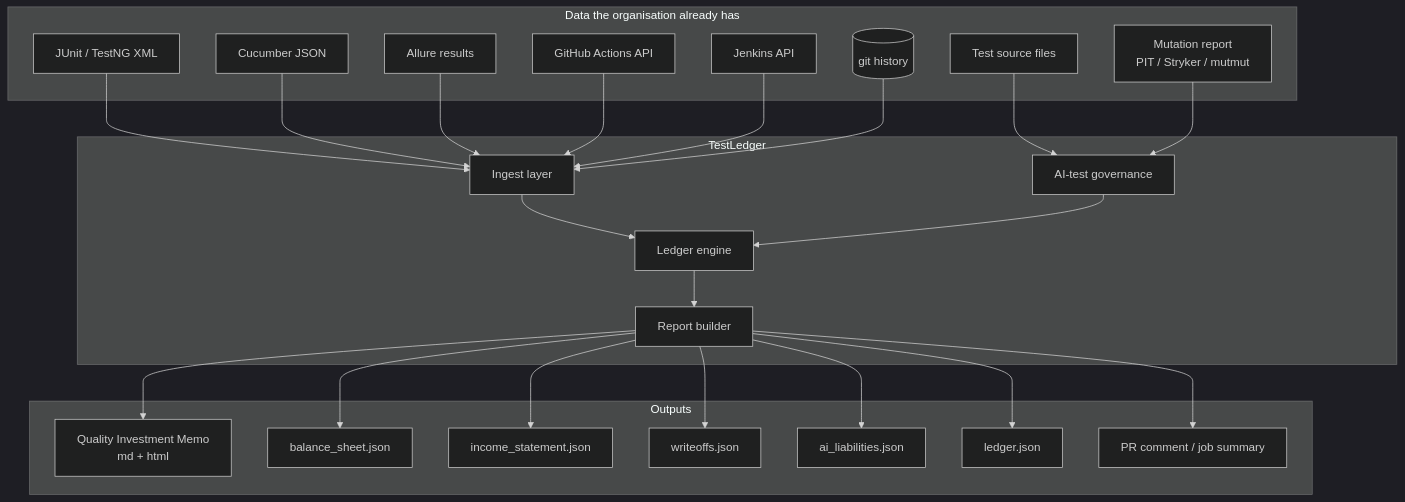
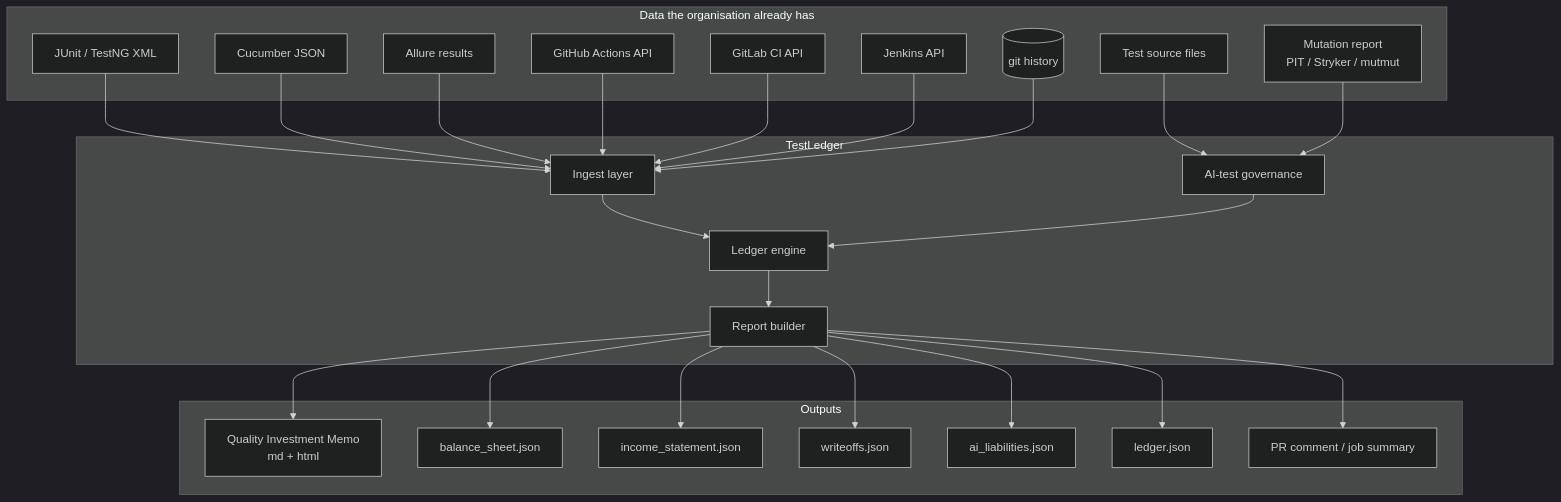
One commit to Contributerr27/testledger changed the first of 9 diagrams in docs/design.md. Above: the diagram before and after it, drawn with Mermaid (dark theme). The commit also changed other lines of this file and 6 other files, not shown here.

Commit message:
fix: address review feedback on GitLab ingest

````diff
--- a/docs/design.md
+++ b/docs/design.md
@@ -31,35 +31,36 @@
 ```mermaid
 flowchart TB
   subgraph Sources["Data the organisation already has"]
     J[JUnit / TestNG XML]
     C[Cucumber JSON]
     AL[Allure results]
     GH[GitHub Actions API]
+    GL[GitLab CI API]
     JK[Jenkins API]
     GIT[(git history)]
     SRC[Test source files]
     MUT[Mutation report<br/>PIT / Stryker / mutmut]
   end
   subgraph TL["TestLedger"]
     ING[Ingest layer]
     ENG[Ledger engine]
     AI[AI-test governance]
     REP[Report builder]
   end
   subgraph Out["Outputs"]
     MEMO[Quality Investment Memo<br/>md + html]
     BS[balance_sheet.json]
     IS[income_statement.json]
     WO[writeoffs.json]
     AIL[ai_liabilities.json]
     LJ[ledger.json]
     PR[PR comment / job summary]
   end
-  J & C & AL & GH & JK --> ING
+  J & C & AL & GH & GL & JK --> ING
   GIT --> ING
   SRC & MUT --> AI
   ING --> ENG
   AI --> ENG
   ENG --> REP
   REP --> MEMO & BS & IS & WO & AIL & LJ & PR
 ```
````
